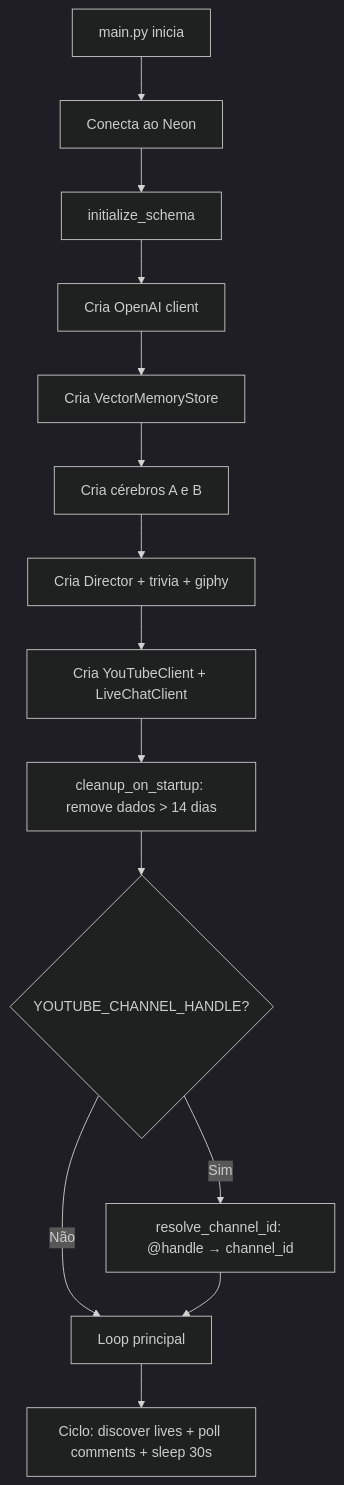
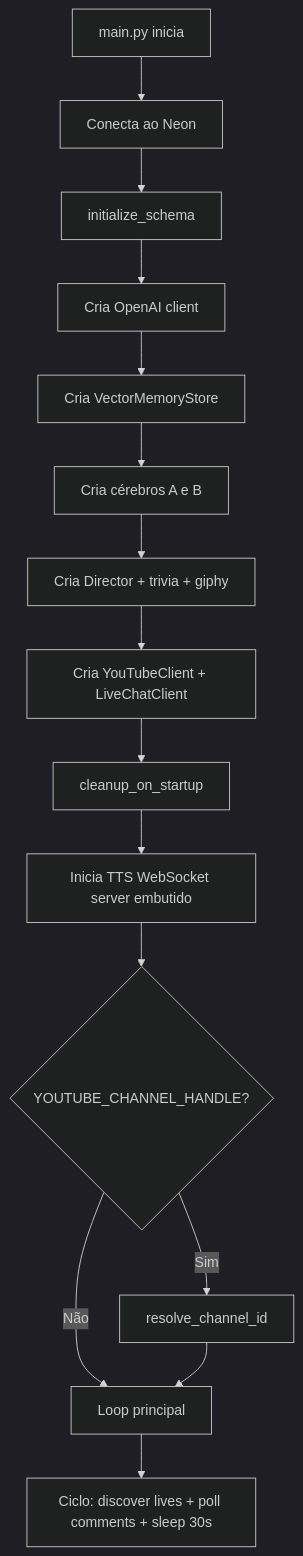
One commit to LucyLeak/Gorkzinhaaa changed the second of 2 diagrams in README.md. Above: the diagram before and after it, drawn with Mermaid (dark theme). The commit also changed other lines of this file and 6 other files, not shown here.

````diff
--- a/README.md
+++ b/README.md
@@ -311,16 +357,17 @@
 ```mermaid
 graph TD
     A[main.py inicia] --> B[Conecta ao Neon]
     B --> C[initialize_schema]
     C --> D[Cria OpenAI client]
     D --> E[Cria VectorMemoryStore]
     E --> F[Cria cérebros A e B]
     F --> G[Cria Director + trivia + giphy]
     G --> H[Cria YouTubeClient + LiveChatClient]
-    H --> I[cleanup_on_startup: remove dados > 14 dias]
-    I --> J{YOUTUBE_CHANNEL_HANDLE?}
-    J -->|Sim| K[resolve_channel_id: @handle → channel_id]
-    J -->|Não| L[Loop principal]
-    K --> L
-    L --> M[Ciclo: discover lives + poll comments + sleep 30s]
+    H --> I[cleanup_on_startup]
+    I --> J[Inicia TTS WebSocket server embutido]
+    J --> K{YOUTUBE_CHANNEL_HANDLE?}
+    K -->|Sim| L[resolve_channel_id]
+    K -->|Não| M[Loop principal]
+    L --> M
+    M --> N[Ciclo: discover lives + poll comments + sleep 30s]
 ```
````
